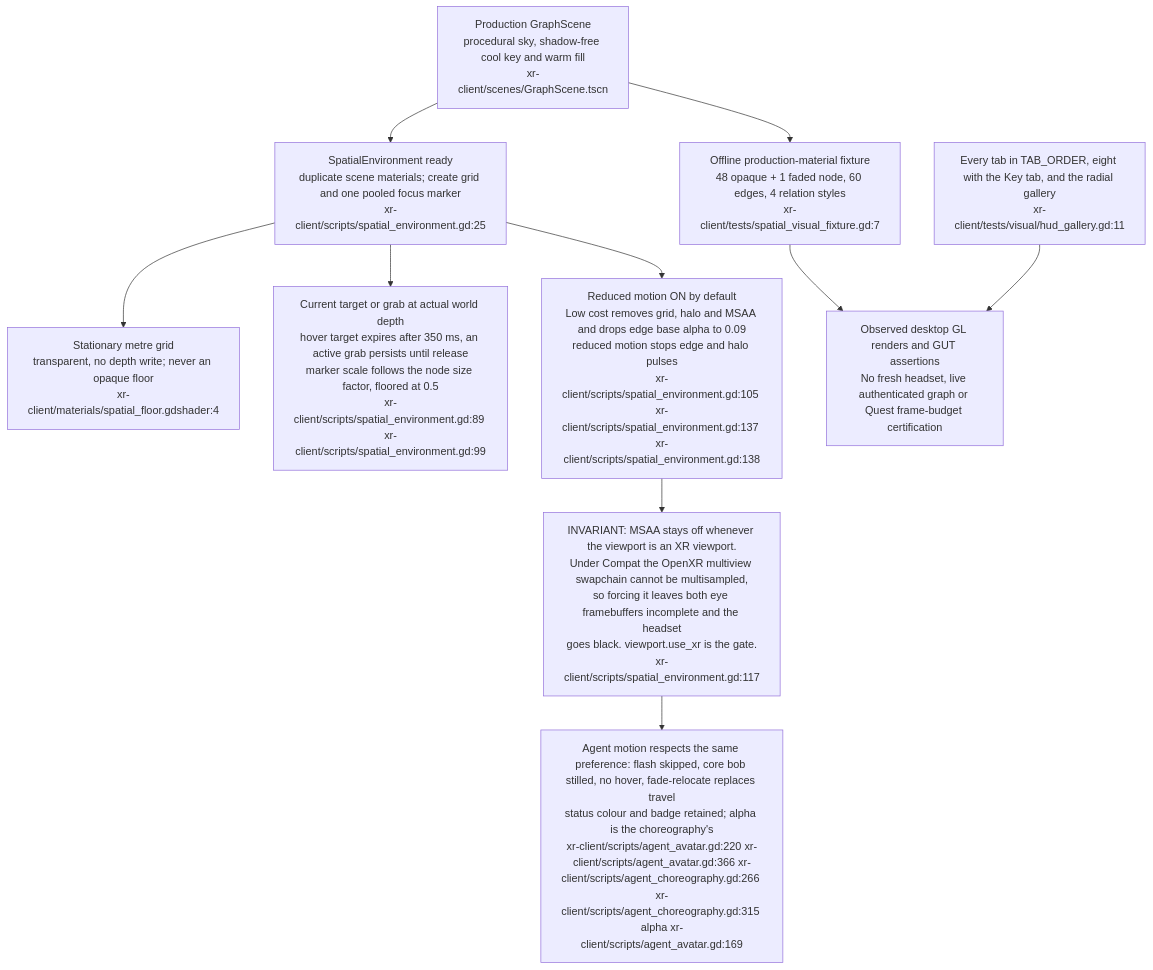
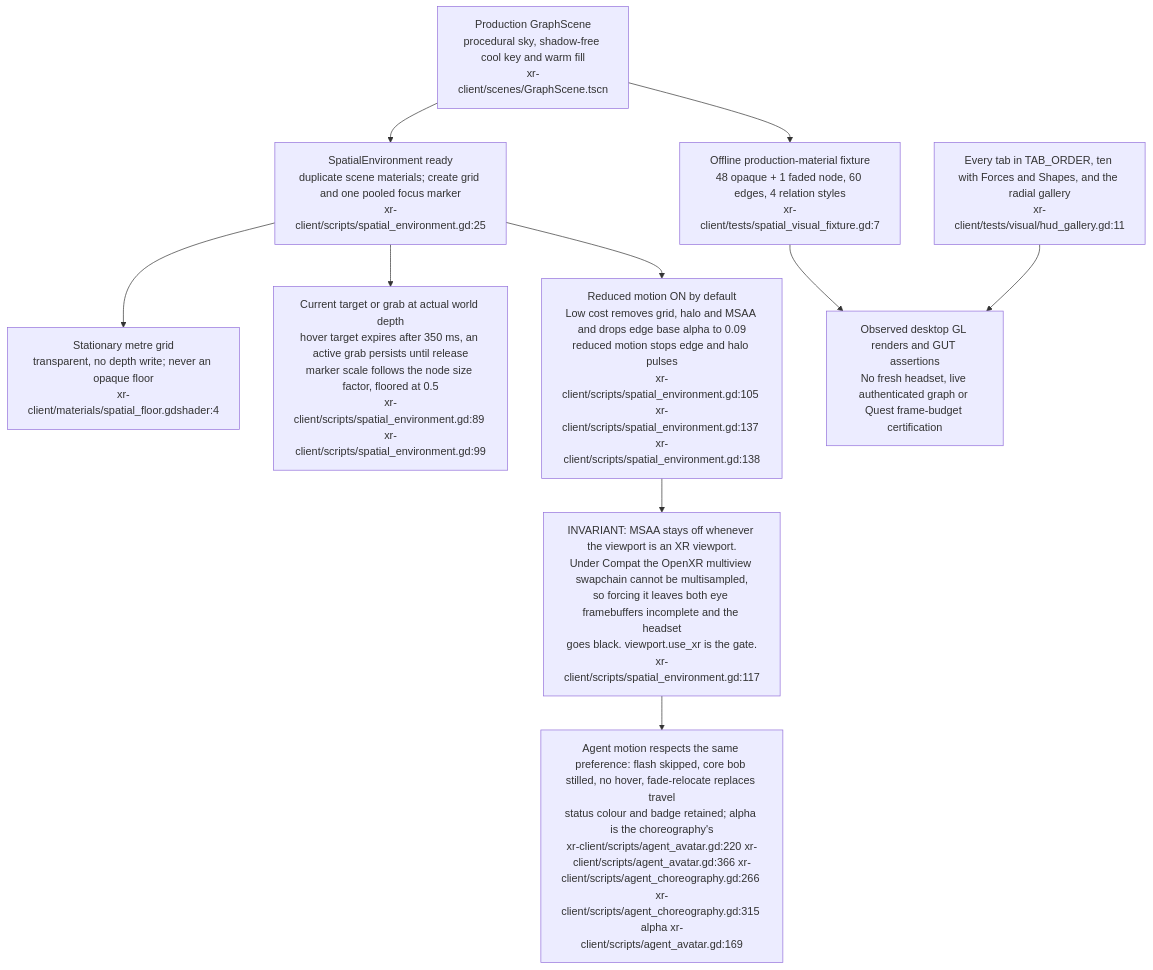
Before and after one commit to DreamLab-AI/VisionFlow: diagram 19 of 27 in docs/diagrams/visionclaw/36-godot-xr-client.md, drawn with Mermaid. The commit also changed other lines of this file and 160 other files, not shown here.

````diff
--- a/docs/diagrams/visionclaw/36-godot-xr-client.md
+++ b/docs/diagrams/visionclaw/36-godot-xr-client.md
@@ -946,22 +948,22 @@
 ```mermaid
 flowchart TB
     Scene["Production GraphScene<br/>procedural sky, shadow-free cool key and warm fill<br/>xr-client/scenes/GraphScene.tscn"]
     Env["SpatialEnvironment ready<br/>duplicate scene materials; create grid and one pooled focus marker<br/>xr-client/scripts/spatial_environment.gd:25"]
     Grid["Stationary metre grid<br/>transparent, no depth write; never an opaque floor<br/>xr-client/materials/spatial_floor.gdshader:4"]
     Focus["Current target or grab at actual world depth<br/>hover target expires after 350 ms, an active grab persists until release<br/>marker scale follows the node size factor, floored at 0.5<br/>xr-client/scripts/spatial_environment.gd:89 xr-client/scripts/spatial_environment.gd:99"]
     Comfort["Reduced motion ON by default<br/>Low cost removes grid, halo and MSAA and drops edge base alpha to 0.09<br/>reduced motion stops edge and halo pulses<br/>xr-client/scripts/spatial_environment.gd:105 xr-client/scripts/spatial_environment.gd:137 xr-client/scripts/spatial_environment.gd:138"]
     MSAA["INVARIANT: MSAA stays off whenever the viewport is an XR viewport.<br/>Under Compat the OpenXR multiview swapchain cannot be multisampled,<br/>so forcing it leaves both eye framebuffers incomplete and the headset<br/>goes black. viewport.use_xr is the gate.<br/>xr-client/scripts/spatial_environment.gd:117"]
     Agents["Agent motion respects the same preference: flash skipped, core bob stilled, no hover, fade-relocate replaces travel<br/>status colour and badge retained; alpha is the choreography's<br/>xr-client/scripts/agent_avatar.gd:220 xr-client/scripts/agent_avatar.gd:366 xr-client/scripts/agent_choreography.gd:266 xr-client/scripts/agent_choreography.gd:315 alpha xr-client/scripts/agent_avatar.gd:169"]
     Fixture["Offline production-material fixture<br/>48 opaque + 1 faded node, 60 edges, 4 relation styles<br/>xr-client/tests/spatial_visual_fixture.gd:7"]
-    Gallery["Every tab in TAB_ORDER, eight with the Key tab, and the radial gallery<br/>xr-client/tests/visual/hud_gallery.gd:11"]
+    Gallery["Every tab in TAB_ORDER, ten with Forces and Shapes, and the radial gallery<br/>xr-client/tests/visual/hud_gallery.gd:11"]
     Limits["Observed desktop GL renders and GUT assertions<br/>No fresh headset, live authenticated graph or Quest frame-budget certification"]
     Scene --> Env
     Env --> Grid
     Env --> Focus
     Env --> Comfort
     Comfort --> MSAA
     MSAA --> Agents
     Scene --> Fixture
     Fixture --> Limits
     Gallery --> Limits
 ```
````
